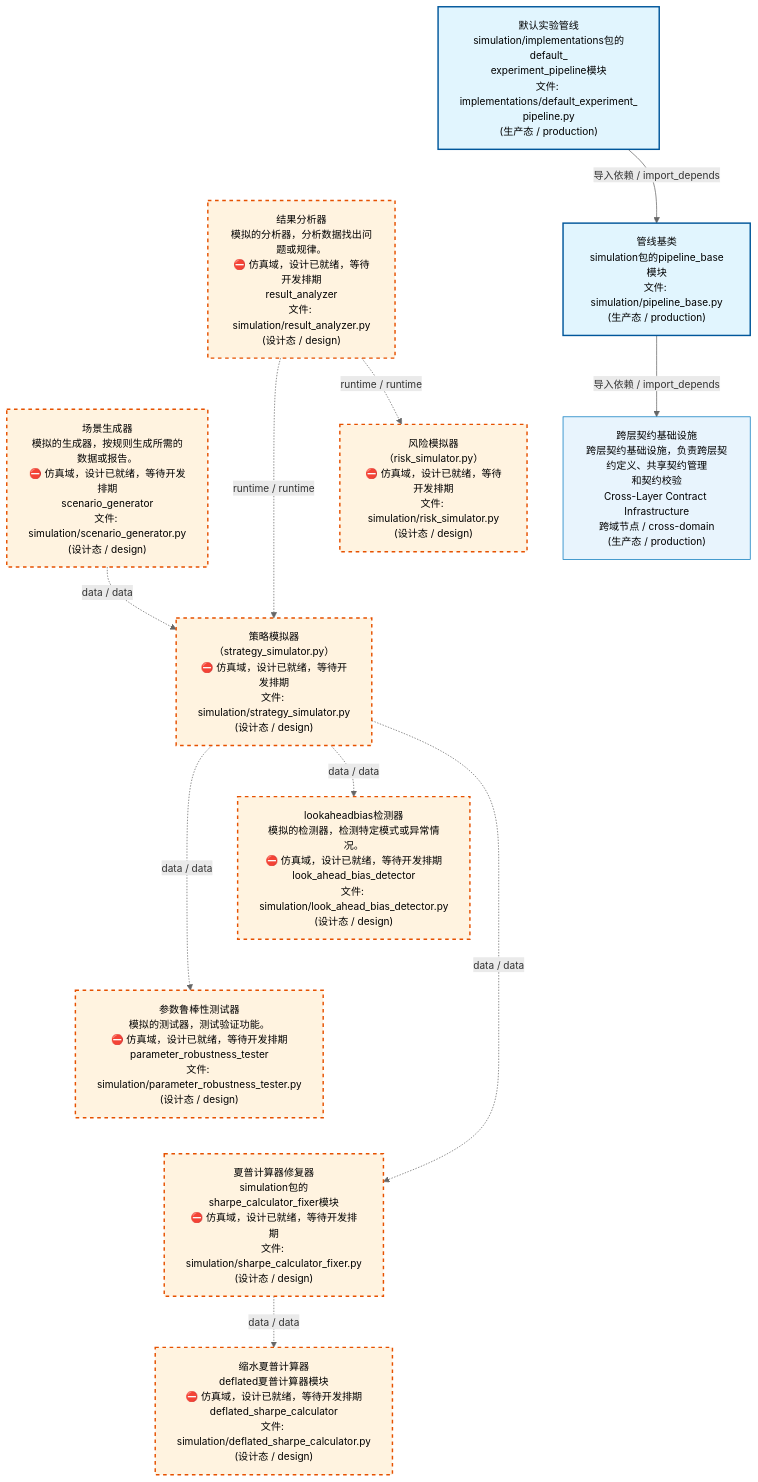
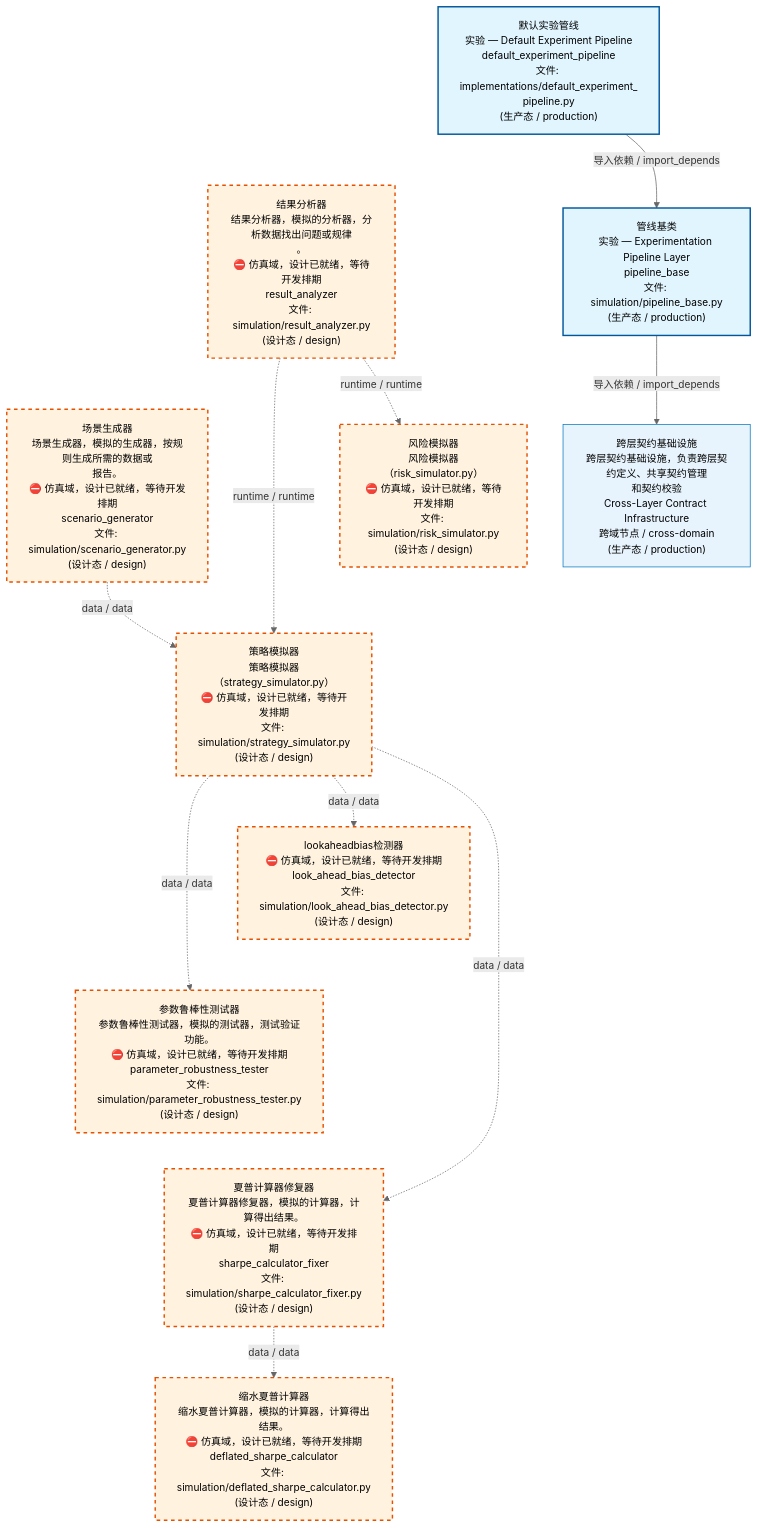
The first of 4 diagrams in docs/02_enterprise_architecture/02_domain_architecture_docs/70_d_simulation.md (xuanFelixVan/ZephyrAlpha), drawn with Mermaid before and after one commit. The commit also changed other lines of this file and 56 other files, not shown here.

````diff
--- a/docs/02_enterprise_architecture/02_domain_architecture_docs/70_d_simulation.md
+++ b/docs/02_enterprise_architecture/02_domain_architecture_docs/70_d_simulation.md
@@ -53,37 +53,37 @@
 ```mermaid
 %%{init: {'theme': 'base', 'themeVariables': {'primaryColor': '#eaeaea', 'primaryTextColor': '#333333', 'primaryBorderColor': '#666666', 'lineColor': '#666666', 'secondaryColor': '#eaeaea', 'tertiaryColor': '#eaeaea', 'fontSize': '14px'}}}%%
 flowchart TD
-    src_zephyr_simulation_implementations_default_experiment_pipeline_py["默认实验管线<br/>simulation/implementations包的default_<br/>experiment_pipeline模块<br/>文件: implementations/default_experiment_<br/>pipeline.py<br/>(生产态 / production)"]
-    src_zephyr_simulation_result_analyzer_py["结果分析器<br/>模拟的分析器，分析数据找出问题或规律。<br/>⛔ 仿真域，设计已就绪，等待开发排期<br/>result_analyzer<br/>文件: simulation/result_analyzer.py<br/>(设计态 / design)"]
-    src_zephyr_simulation_scenario_generator_py["场景生成器<br/>模拟的生成器，按规则生成所需的数据或报告。<br/>⛔ 仿真域，设计已就绪，等待开发排期<br/>scenario_generator<br/>文件: simulation/scenario_generator.py<br/>(设计态 / design)"]
+    src_zephyr_simulation_implementations_default_experiment_pipeline_py["默认实验管线<br/>实验 — Default Experiment Pipeline<br/>default_experiment_pipeline<br/>文件: implementations/default_experiment_<br/>pipeline.py<br/>(生产态 / production)"]
+    src_zephyr_simulation_result_analyzer_py["结果分析器<br/>结果分析器，模拟的分析器，分析数据找出问题或规律<br/>。<br/>⛔ 仿真域，设计已就绪，等待开发排期<br/>result_analyzer<br/>文件: simulation/result_analyzer.py<br/>(设计态 / design)"]
+    src_zephyr_simulation_scenario_generator_py["场景生成器<br/>场景生成器，模拟的生成器，按规则生成所需的数据或<br/>报告。<br/>⛔ 仿真域，设计已就绪，等待开发排期<br/>scenario_generator<br/>文件: simulation/scenario_generator.py<br/>(设计态 / design)"]
     src_zephyr_simulation_implementations_default_experiment_pipeline_py ~~~ src_zephyr_simulation_result_analyzer_py
     src_zephyr_simulation_result_analyzer_py ~~~ src_zephyr_simulation_scenario_generator_py
-    src_zephyr_simulation_pipeline_base_py["管线基类<br/>simulation包的pipeline_base模块<br/>文件: simulation/pipeline_base.py<br/>(生产态 / production)"]
-    src_zephyr_simulation_risk_simulator_py["风险模拟器<br/>（risk_simulator.py）<br/>⛔ 仿真域，设计已就绪，等待开发排期<br/>文件: simulation/risk_simulator.py<br/>(设计态 / design)"]
-    src_zephyr_simulation_strategy_simulator_py["策略模拟器<br/>（strategy_simulator.py）<br/>⛔ 仿真域，设计已就绪，等待开发排期<br/>文件: simulation/strategy_simulator.py<br/>(设计态 / design)"]
+    src_zephyr_simulation_pipeline_base_py["管线基类<br/>实验 — Experimentation Pipeline Layer<br/>pipeline_base<br/>文件: simulation/pipeline_base.py<br/>(生产态 / production)"]
+    src_zephyr_simulation_risk_simulator_py["风险模拟器<br/>风险模拟器（risk_simulator.py）<br/>⛔ 仿真域，设计已就绪，等待开发排期<br/>文件: simulation/risk_simulator.py<br/>(设计态 / design)"]
+    src_zephyr_simulation_strategy_simulator_py["策略模拟器<br/>策略模拟器（strategy_simulator.py）<br/>⛔ 仿真域，设计已就绪，等待开发排期<br/>文件: simulation/strategy_simulator.py<br/>(设计态 / design)"]
     src_zephyr_simulation_pipeline_base_py ~~~ src_zephyr_simulation_risk_simulator_py
     src_zephyr_simulation_risk_simulator_py ~~~ src_zephyr_simulation_strategy_simulator_py
-    src_zephyr_simulation_look_ahead_bias_detector_py["lookaheadbias检测器<br/>模拟的检测器，检测特定模式或异常情况。<br/>⛔ 仿真域，设计已就绪，等待开发排期<br/>look_ahead_bias_detector<br/>文件: simulation/look_ahead_bias_detector.py<br/>(设计态 / design)"]
-    src_zephyr_simulation_parameter_robustness_tester_py["参数鲁棒性测试器<br/>模拟的测试器，测试验证功能。<br/>⛔ 仿真域，设计已就绪，等待开发排期<br/>parameter_robustness_tester<br/>文件: simulation/parameter_robustness_tester.py<br/>(设计态 / design)"]
-    src_zephyr_simulation_sharpe_calculator_fixer_py["夏普计算器修复器<br/>simulation包的sharpe_calculator_fixer模块<br/>⛔ 仿真域，设计已就绪，等待开发排期<br/>文件: simulation/sharpe_calculator_fixer.py<br/>(设计态 / design)"]
+    src_zephyr_simulation_look_ahead_bias_detector_py["lookaheadbias检测器<br/>⛔ 仿真域，设计已就绪，等待开发排期<br/>look_ahead_bias_detector<br/>文件: simulation/look_ahead_bias_detector.py<br/>(设计态 / design)"]
+    src_zephyr_simulation_parameter_robustness_tester_py["参数鲁棒性测试器<br/>参数鲁棒性测试器，模拟的测试器，测试验证功能。<br/>⛔ 仿真域，设计已就绪，等待开发排期<br/>parameter_robustness_tester<br/>文件: simulation/parameter_robustness_tester.py<br/>(设计态 / design)"]
+    src_zephyr_simulation_sharpe_calculator_fixer_py["夏普计算器修复器<br/>夏普计算器修复器，模拟的计算器，计算得出结果。<br/>⛔ 仿真域，设计已就绪，等待开发排期<br/>sharpe_calculator_fixer<br/>文件: simulation/sharpe_calculator_fixer.py<br/>(设计态 / design)"]
     src_zephyr_simulation_look_ahead_bias_detector_py ~~~ src_zephyr_simulation_parameter_robustness_tester_py
     src_zephyr_simulation_parameter_robustness_tester_py ~~~ src_zephyr_simulation_sharpe_calculator_fixer_py
-    src_zephyr_simulation_deflated_sharpe_calculator_py["缩水夏普计算器<br/>deflated夏普计算器模块<br/>⛔ 仿真域，设计已就绪，等待开发排期<br/>deflated_sharpe_calculator<br/>文件: simulation/deflated_sharpe_calculator.py<br/>(设计态 / design)"]
+    src_zephyr_simulation_deflated_sharpe_calculator_py["缩水夏普计算器<br/>缩水夏普计算器，模拟的计算器，计算得出结果。<br/>⛔ 仿真域，设计已就绪，等待开发排期<br/>deflated_sharpe_calculator<br/>文件: simulation/deflated_sharpe_calculator.py<br/>(设计态 / design)"]
     src_zephyr_simulation_strategy_simulator_py -.->|data / data| src_zephyr_simulation_parameter_robustness_tester_py
     src_zephyr_simulation_strategy_simulator_py -.->|data / data| src_zephyr_simulation_look_ahead_bias_detector_py
     src_zephyr_simulation_strategy_simulator_py -.->|data / data| src_zephyr_simulation_sharpe_calculator_fixer_py
     src_zephyr_simulation_scenario_generator_py -.->|data / data| src_zephyr_simulation_strategy_simulator_py
     src_zephyr_simulation_result_analyzer_py -.->|runtime / runtime| src_zephyr_simulation_strategy_simulator_py
     src_zephyr_simulation_result_analyzer_py -.->|runtime / runtime| src_zephyr_simulation_risk_simulator_py
     src_zephyr_simulation_sharpe_calculator_fixer_py -.->|data / data| src_zephyr_simulation_deflated_sharpe_calculator_py
     src_zephyr_simulation_implementations_default_experiment_pipeline_py -->|导入依赖 / import_depends| src_zephyr_simulation_pipeline_base_py
     D_INFRASTRUCTURE["跨层契约基础设施<br/>跨层契约基础设施，负责跨层契约定义、共享契约管理<br/>和契约校验<br/>Cross-Layer Contract Infrastructure<br/>跨域节点 / cross-domain<br/>(生产态 / production)"]
     src_zephyr_simulation_pipeline_base_py -->|导入依赖 / import_depends| D_INFRASTRUCTURE
     classDef production fill:#e1f5fe,stroke:#01579b,stroke-width:2px,color:#000
     classDef design fill:#fff3e0,stroke:#e65100,stroke-width:2px,color:#000,stroke-dasharray: 5 5
     classDef external_prod fill:#e8f4fd,stroke:#0277bd,stroke-width:1px,color:#000
     classDef external_design fill:#fff8e7,stroke:#ef6c00,stroke-width:1px,color:#000,stroke-dasharray: 5 5
     class src_zephyr_simulation_implementations_default_experiment_pipeline_py,src_zephyr_simulation_pipeline_base_py production
     class src_zephyr_simulation_deflated_sharpe_calculator_py,src_zephyr_simulation_look_ahead_bias_detector_py,src_zephyr_simulation_parameter_robustness_tester_py,src_zephyr_simulation_result_analyzer_py,src_zephyr_simulation_risk_simulator_py,src_zephyr_simulation_scenario_generator_py,src_zephyr_simulation_sharpe_calculator_fixer_py,src_zephyr_simulation_strategy_simulator_py design
     class D_INFRASTRUCTURE external_prod
 ```
````
